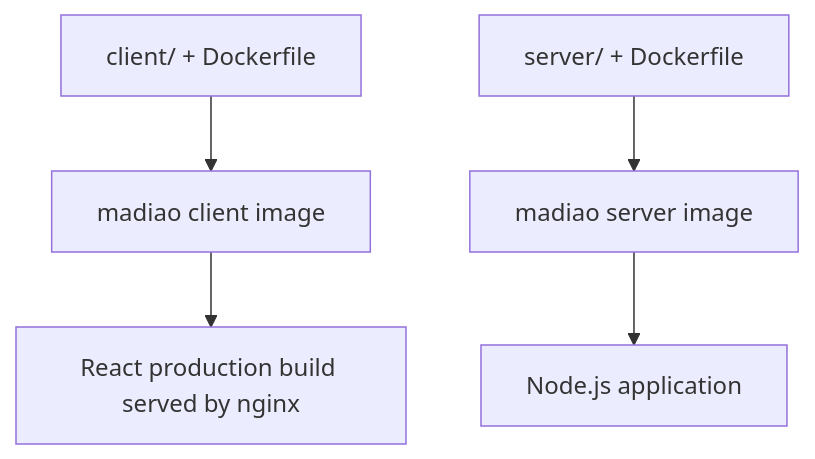
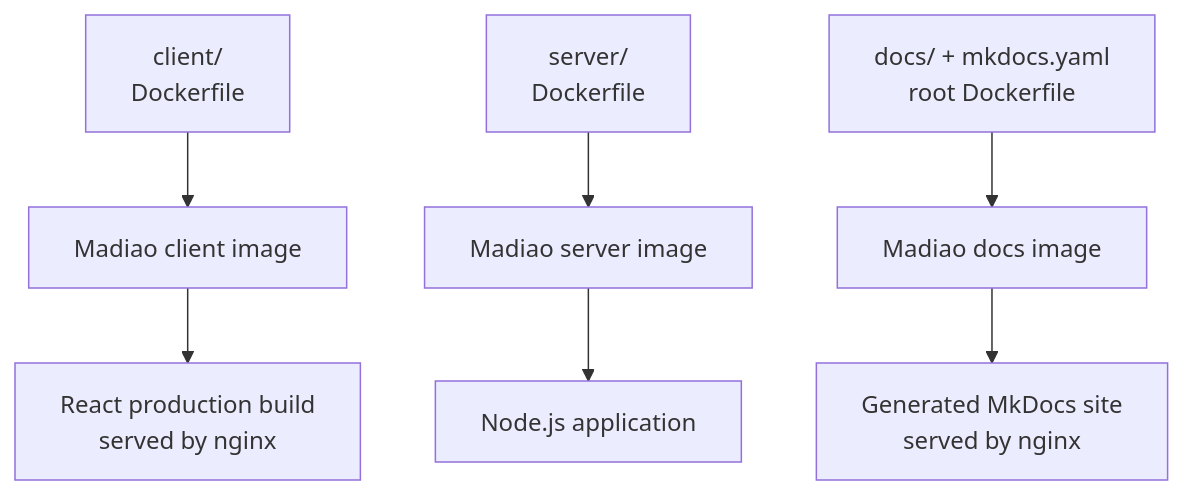
Before and after one commit to Gearsik/madiao: the third of 4 diagrams in docs/runbook/first-time-setup.md, drawn with Mermaid. The commit also changed other lines of this file and 16 other files, not shown here.

````diff
--- a/docs/runbook/first-time-setup.md
+++ b/docs/runbook/first-time-setup.md
@@ -268,13 +336,18 @@
 ```mermaid
 flowchart TD
-    ClientSource["client/ + Dockerfile"]
-    ClientImage["madiao client image"]
-    ClientRuntime["React production build served by nginx"]
+    ClientSource["client/<br/>Dockerfile"]
+    ClientImage["Madiao client image"]
+    ClientRuntime["React production build<br/>served by nginx"]
 
-    ServerSource["server/ + Dockerfile"]
-    ServerImage["madiao server image"]
+    ServerSource["server/<br/>Dockerfile"]
+    ServerImage["Madiao server image"]
     ServerRuntime["Node.js application"]
+
+    DocsSource["docs/ + mkdocs.yaml<br/>root Dockerfile"]
+    DocsImage["Madiao docs image"]
+    DocsRuntime["Generated MkDocs site<br/>served by nginx"]
 
     ClientSource --> ClientImage --> ClientRuntime
     ServerSource --> ServerImage --> ServerRuntime
+    DocsSource --> DocsImage --> DocsRuntime
 ```
````
